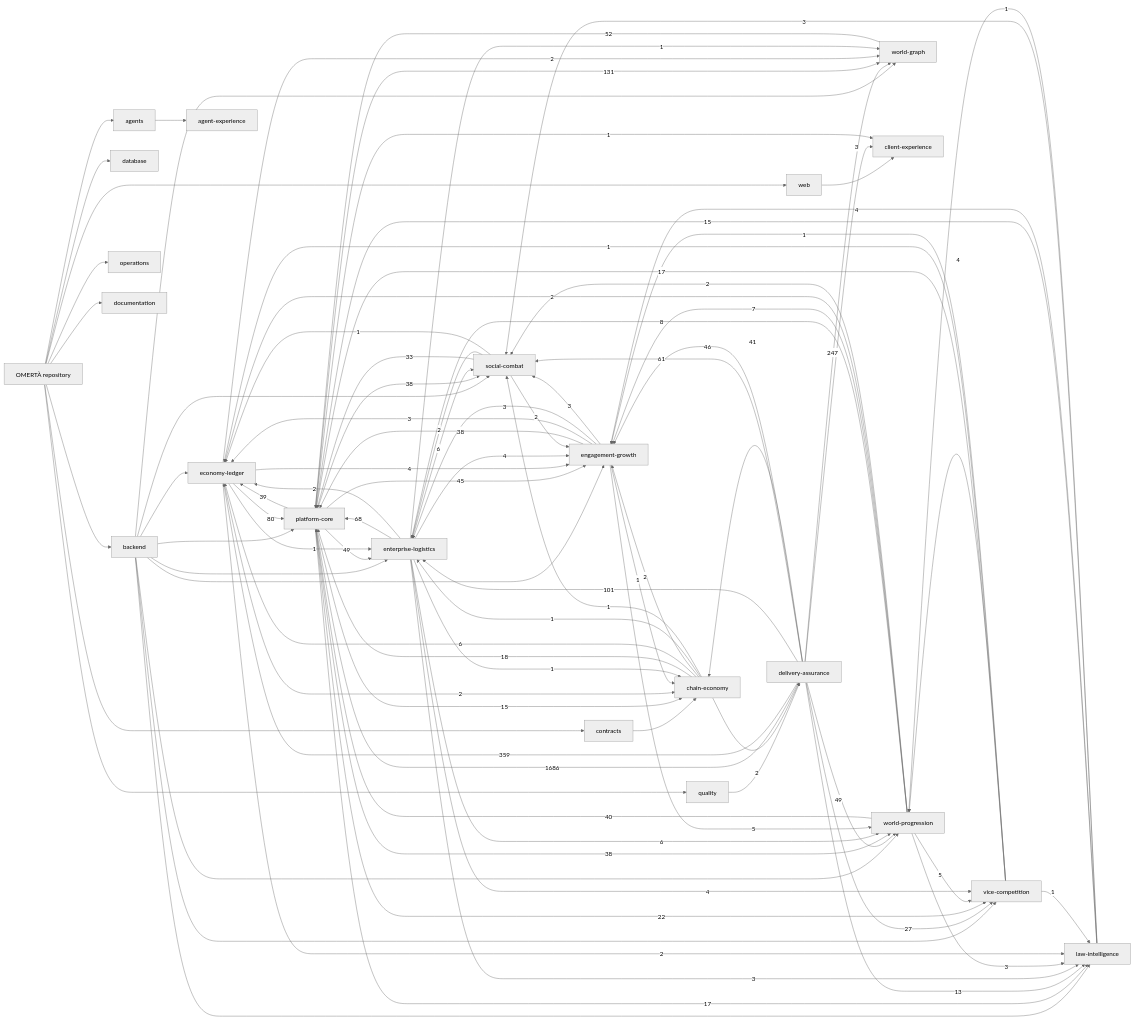
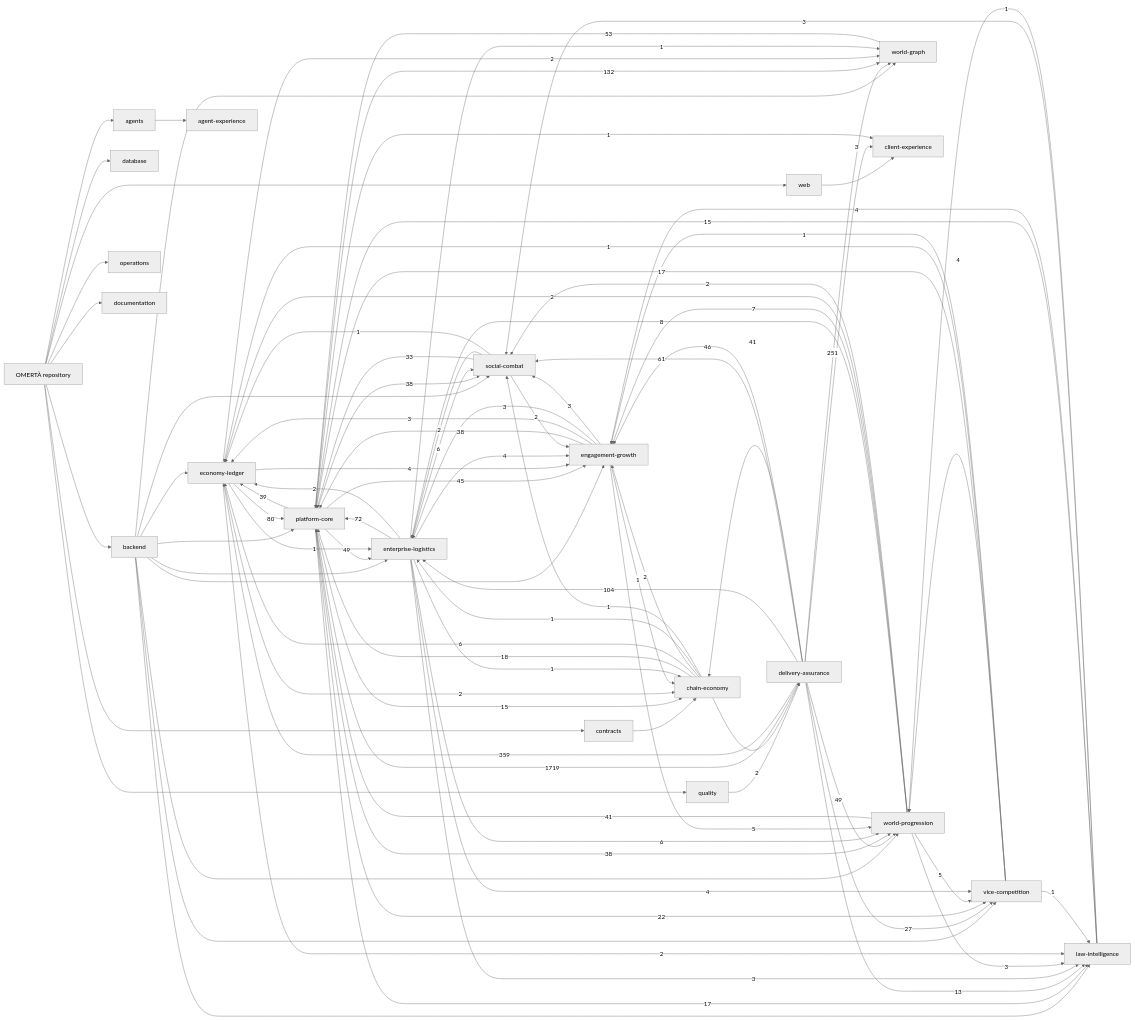
Before and after one commit to OmertaDev/Omerta: the diagram in knowledge/generated/graph.mmd, drawn with Mermaid (neutral theme). The commit also changed 8 other files, not shown here.

Commit message:
Refresh enterprise dependency graph after source integration

```diff
--- a/knowledge/generated/graph.mmd
+++ b/knowledge/generated/graph.mmd
@@ -1,113 +1,113 @@
 flowchart LR
   repo["OMERTÀ repository"]
   sub_backend["backend"]
   repo --> sub_backend
   sub_database["database"]
   repo --> sub_database
   sub_web["web"]
   repo --> sub_web
   sub_contracts["contracts"]
   repo --> sub_contracts
   sub_agents["agents"]
   repo --> sub_agents
   sub_quality["quality"]
   repo --> sub_quality
   sub_operations["operations"]
   repo --> sub_operations
   sub_documentation["documentation"]
   repo --> sub_documentation
   dom_platform-core["platform-core"]
   dom_economy-ledger["economy-ledger"]
   dom_social-combat["social-combat"]
   dom_world-progression["world-progression"]
   dom_world-graph["world-graph"]
   dom_enterprise-logistics["enterprise-logistics"]
   dom_vice-competition["vice-competition"]
   dom_law-intelligence["law-intelligence"]
   dom_chain-economy["chain-economy"]
   dom_engagement-growth["engagement-growth"]
   dom_client-experience["client-experience"]
   dom_agent-experience["agent-experience"]
   dom_delivery-assurance["delivery-assurance"]
   sub_agents --> dom_agent-experience
   sub_backend --> dom_economy-ledger
   sub_backend --> dom_engagement-growth
   sub_backend --> dom_enterprise-logistics
   sub_backend --> dom_law-intelligence
   sub_backend --> dom_platform-core
   sub_backend --> dom_social-combat
   sub_backend --> dom_vice-competition
   sub_backend --> dom_world-graph
   sub_backend --> dom_world-progression
   sub_contracts --> dom_chain-economy
   sub_quality --> dom_delivery-assurance
   sub_web --> dom_client-experience
-  dom_delivery-assurance -->|1686| dom_platform-core
+  dom_delivery-assurance -->|1719| dom_platform-core
   dom_delivery-assurance -->|359| dom_economy-ledger
-  dom_delivery-assurance -->|247| dom_world-graph
-  dom_platform-core -->|131| dom_world-graph
-  dom_delivery-assurance -->|101| dom_enterprise-logistics
+  dom_delivery-assurance -->|251| dom_world-graph
+  dom_platform-core -->|132| dom_world-graph
+  dom_delivery-assurance -->|104| dom_enterprise-logistics
   dom_economy-ledger -->|80| dom_platform-core
-  dom_enterprise-logistics -->|68| dom_platform-core
+  dom_enterprise-logistics -->|72| dom_platform-core
   dom_delivery-assurance -->|61| dom_social-combat
-  dom_world-graph -->|52| dom_platform-core
+  dom_world-graph -->|53| dom_platform-core
   dom_delivery-assurance -->|49| dom_world-progression
   dom_platform-core -->|49| dom_enterprise-logistics
   dom_delivery-assurance -->|46| dom_engagement-growth
   dom_platform-core -->|45| dom_engagement-growth
   dom_delivery-assurance -->|41| dom_chain-economy
-  dom_world-progression -->|40| dom_platform-core
+  dom_world-progression -->|41| dom_platform-core
   dom_platform-core -->|39| dom_economy-ledger
   dom_engagement-growth -->|38| dom_platform-core
   dom_platform-core -->|38| dom_social-combat
   dom_platform-core -->|38| dom_world-progression
   dom_social-combat -->|33| dom_platform-core
   dom_delivery-assurance -->|27| dom_vice-competition
   dom_platform-core -->|22| dom_vice-competition
   dom_chain-economy -->|18| dom_platform-core
   dom_platform-core -->|17| dom_law-intelligence
   dom_vice-competition -->|17| dom_platform-core
   dom_law-intelligence -->|15| dom_platform-core
   dom_platform-core -->|15| dom_chain-economy
   dom_delivery-assurance -->|13| dom_law-intelligence
   dom_world-progression -->|8| dom_enterprise-logistics
   dom_world-progression -->|7| dom_engagement-growth
   dom_chain-economy -->|6| dom_economy-ledger
   dom_enterprise-logistics -->|6| dom_social-combat
   dom_enterprise-logistics -->|6| dom_world-progression
   dom_engagement-growth -->|5| dom_world-progression
   dom_world-progression -->|5| dom_vice-competition
   dom_economy-ledger -->|4| dom_engagement-growth
   dom_enterprise-logistics -->|4| dom_engagement-growth
   dom_enterprise-logistics -->|4| dom_vice-competition
   dom_law-intelligence -->|4| dom_engagement-growth
   dom_vice-competition -->|4| dom_world-progression
   dom_delivery-assurance -->|3| dom_client-experience
   dom_engagement-growth -->|3| dom_economy-ledger
   dom_engagement-growth -->|3| dom_enterprise-logistics
   dom_engagement-growth -->|3| dom_social-combat
   dom_enterprise-logistics -->|3| dom_law-intelligence
   dom_law-intelligence -->|3| dom_social-combat
   dom_world-progression -->|3| dom_law-intelligence
   dom_chain-economy -->|2| dom_delivery-assurance
   dom_chain-economy -->|2| dom_engagement-growth
   dom_economy-ledger -->|2| dom_chain-economy
   dom_economy-ledger -->|2| dom_law-intelligence
   dom_economy-ledger -->|2| dom_world-graph
   dom_enterprise-logistics -->|2| dom_economy-ledger
   dom_social-combat -->|2| dom_engagement-growth
   dom_social-combat -->|2| dom_enterprise-logistics
   dom_world-progression -->|2| dom_economy-ledger
   dom_world-progression -->|2| dom_social-combat
   dom_chain-economy -->|1| dom_enterprise-logistics
   dom_chain-economy -->|1| dom_social-combat
   dom_economy-ledger -->|1| dom_enterprise-logistics
   dom_engagement-growth -->|1| dom_chain-economy
   dom_enterprise-logistics -->|1| dom_chain-economy
   dom_enterprise-logistics -->|1| dom_world-graph
   dom_law-intelligence -->|1| dom_world-progression
   dom_platform-core -->|1| dom_client-experience
   dom_social-combat -->|1| dom_economy-ledger
   dom_vice-competition -->|1| dom_economy-ledger
   dom_vice-competition -->|1| dom_engagement-growth
   dom_vice-competition -->|1| dom_law-intelligence
```
